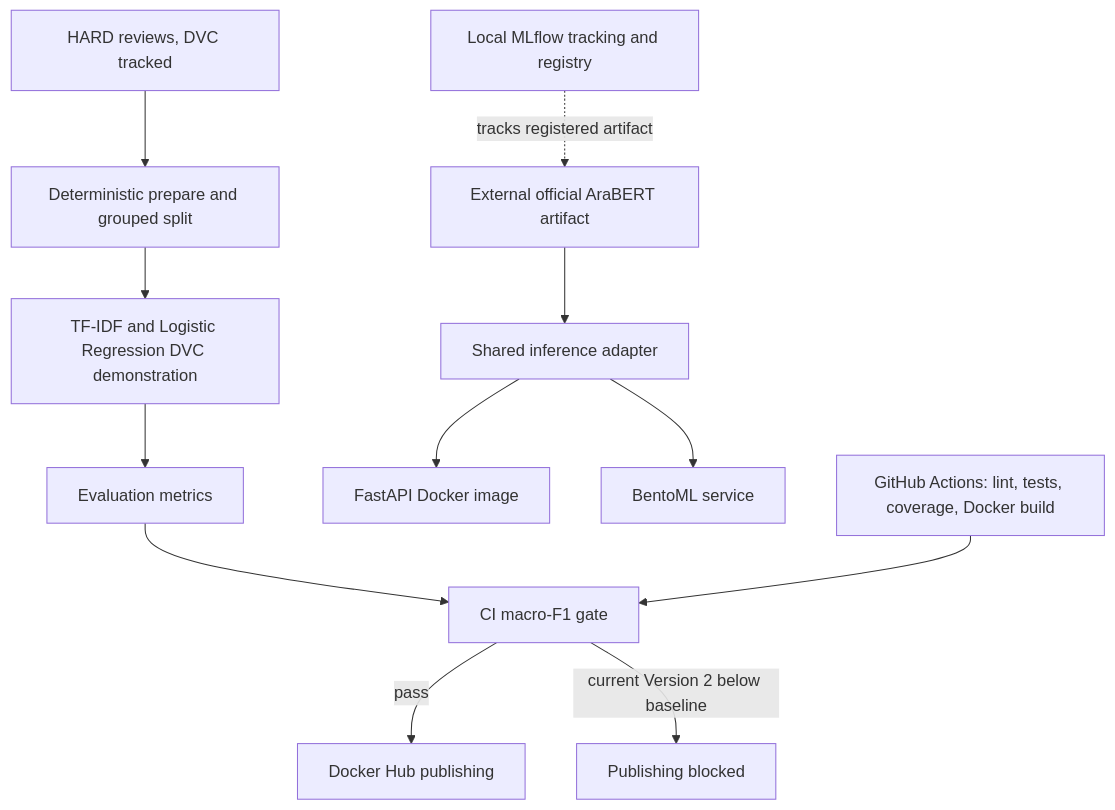
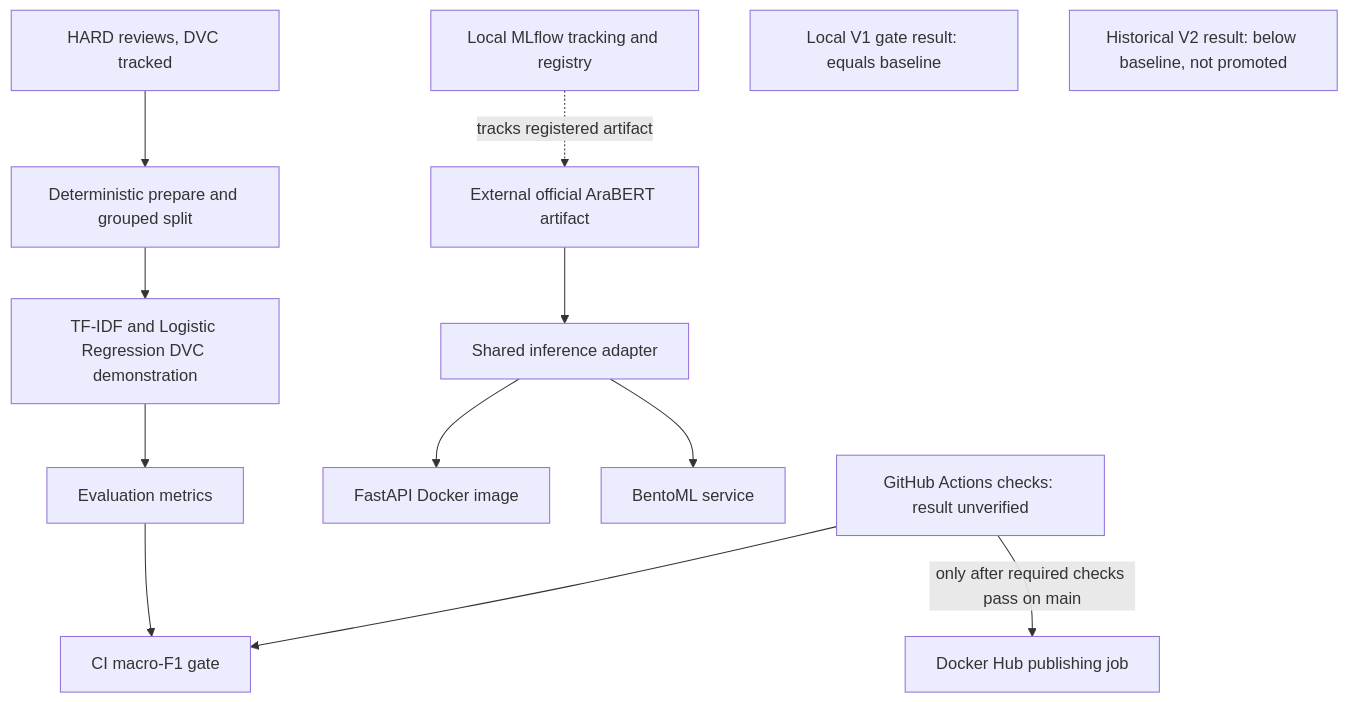
One commit to m73hashem/arabic-sentiment-mlops changed the diagram in README.md. Above: the diagram before and after it, drawn with Mermaid. The commit also changed other lines of this file and 4 other files, not shown here.

````diff
--- a/README.md
+++ b/README.md
@@ -266,14 +266,15 @@
 ```mermaid
 flowchart TD
     RAW[HARD reviews, DVC tracked] --> PREP[Deterministic prepare and grouped split]
     PREP --> LIGHT[TF-IDF and Logistic Regression DVC demonstration]
     LIGHT --> EVAL[Evaluation metrics]
     EVAL --> GATE[CI macro-F1 gate]
     OFFICIAL[External official AraBERT artifact] --> SHARED[Shared inference adapter]
     SHARED --> API[FastAPI Docker image]
     SHARED --> BENTO[BentoML service]
     MLflow[Local MLflow tracking and registry] -. tracks registered artifact .-> OFFICIAL
-    CI[GitHub Actions: lint, tests, coverage, Docker build] --> GATE
-    GATE -->|pass| PUSH[Docker Hub publishing]
-    GATE -->|current Version 2 below baseline| BLOCK[Publishing blocked]
+    CI[GitHub Actions checks: result unverified] --> GATE
+    LOCAL[Local V1 gate result: equals baseline]
+    REJECT[Historical V2 result: below baseline, not promoted]
+    CI -->|only after required checks pass on main| PUSH[Docker Hub publishing job]
 ```
````
